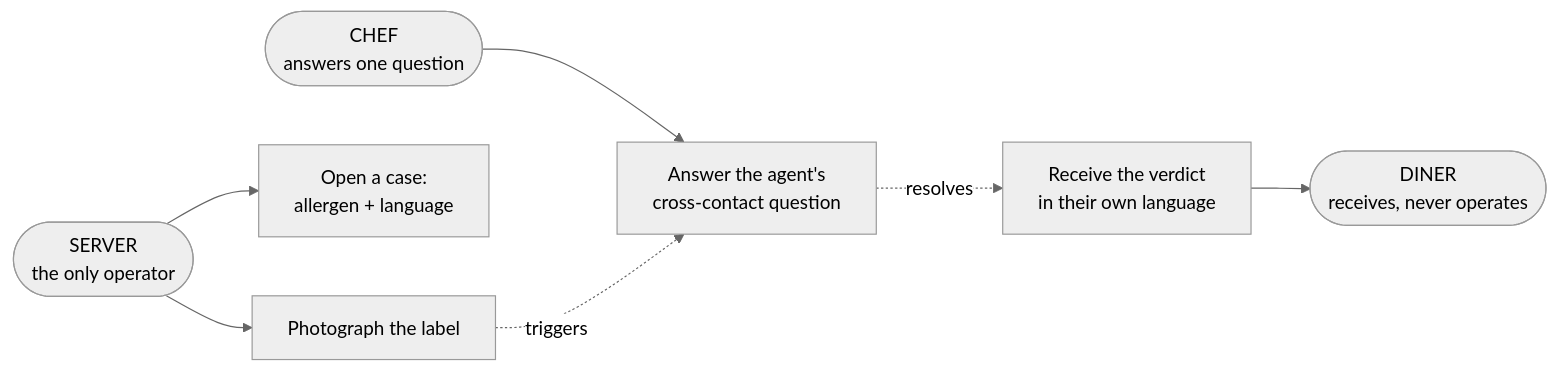
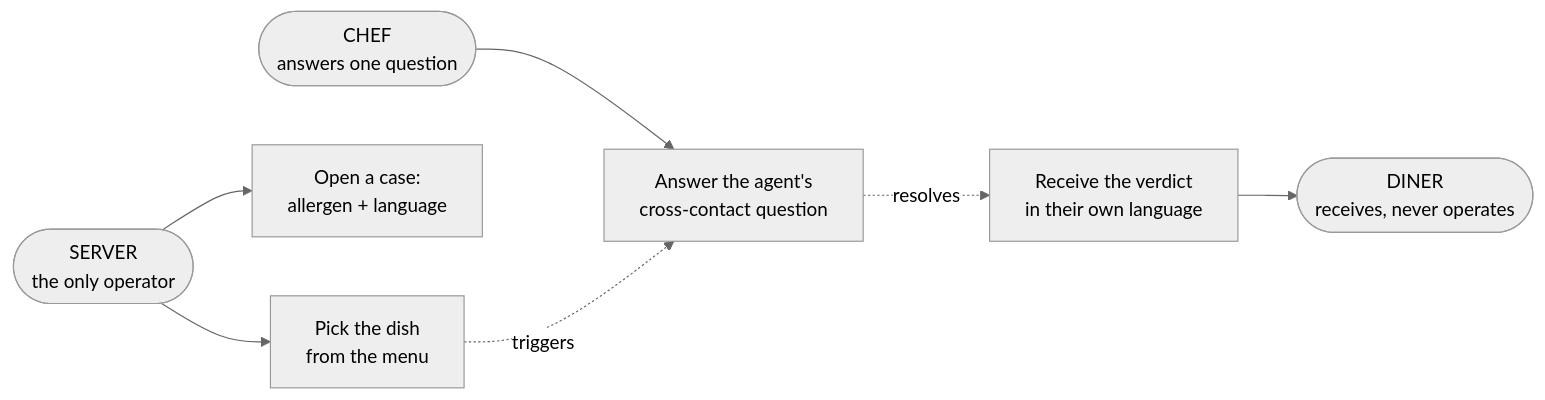
Before and after one commit to soneeee22000/safeplate: the fifth of 5 diagrams in README.md, drawn with Mermaid (neutral theme). The commit also changed other lines of this file and 6 other files, not shown here.

````diff
--- a/README.md
+++ b/README.md
@@ -300,19 +303,19 @@
 ```mermaid
 flowchart LR
     S(["SERVER<br/>the only operator"])
     K(["CHEF<br/>answers one question"])
     D(["DINER<br/>receives, never operates"])
 
     U1["Open a case:<br/>allergen + language"]
-    U2["Photograph the label"]
+    U2["Pick the dish<br/>from the menu"]
     U3["Answer the agent's<br/>cross-contact question"]
     U4["Receive the verdict<br/>in their own language"]
 
     S --> U1
     S --> U2
     K --> U3
     U4 --> D
 
     U2 -. triggers .-> U3
     U3 -. resolves .-> U4
 ```
````
